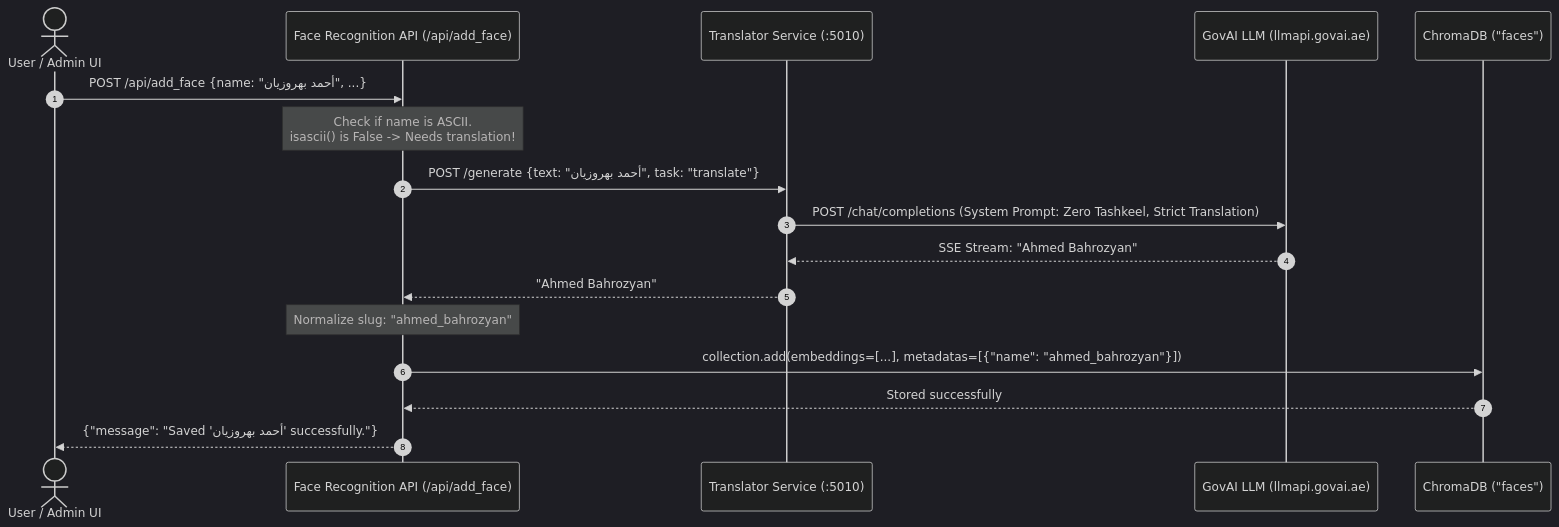
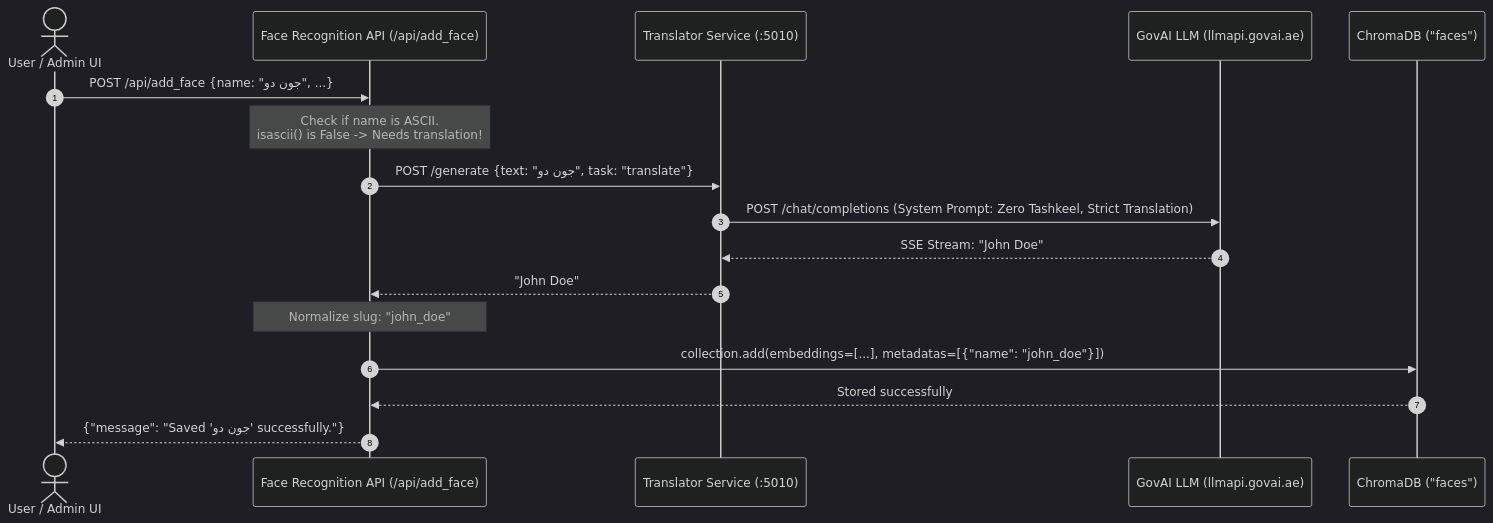
The first of 2 diagrams in readme.md (Karimk94/Face-Recognition-py), drawn with Mermaid (dark theme) before and after one commit. The commit also changed other lines of this file, not shown here.

````diff
--- a/readme.md
+++ b/readme.md
@@ -123,20 +123,20 @@
 ```mermaid
 sequenceDiagram
     autonumber
     actor Admin as User / Admin UI
     participant API as Face Recognition API (/api/add_face)
     participant Trans as Translator Service (:5010)
     participant GovAI as GovAI LLM (llmapi.govai.ae)
     participant Chroma as ChromaDB ("faces")
 
-    Admin->>API: POST /api/add_face {name: "أحمد بهروزيان", ...}
+    Admin->>API: POST /api/add_face {name: "جون دو", ...}
     Note over API: Check if name is ASCII.<br/>isascii() is False -> Needs translation!
-    API->>Trans: POST /generate {text: "أحمد بهروزيان", task: "translate"}
+    API->>Trans: POST /generate {text: "جون دو", task: "translate"}
     Trans->>GovAI: POST /chat/completions (System Prompt: Zero Tashkeel, Strict Translation)
-    GovAI-->>Trans: SSE Stream: "Ahmed Bahrozyan"
-    Trans-->>API: "Ahmed Bahrozyan"
-    Note over API: Normalize slug: "ahmed_bahrozyan"
-    API->>Chroma: collection.add(embeddings=[...], metadatas=[{"name": "ahmed_bahrozyan"}])
+    GovAI-->>Trans: SSE Stream: "John Doe"
+    Trans-->>API: "John Doe"
+    Note over API: Normalize slug: "john_doe"
+    API->>Chroma: collection.add(embeddings=[...], metadatas=[{"name": "john_doe"}])
     Chroma-->>API: Stored successfully
-    API-->>Admin: {"message": "Saved 'أحمد بهروزيان' successfully."}
+    API-->>Admin: {"message": "Saved 'جون دو' successfully."}
 ```
````
